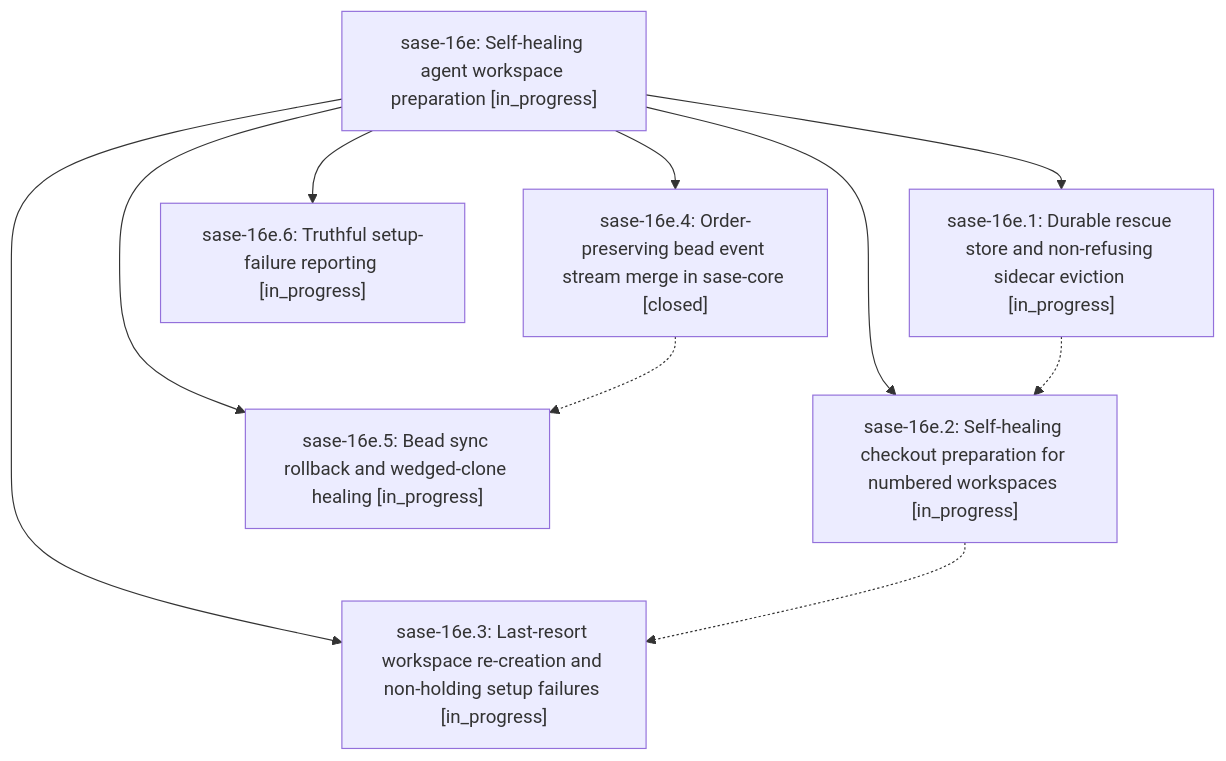
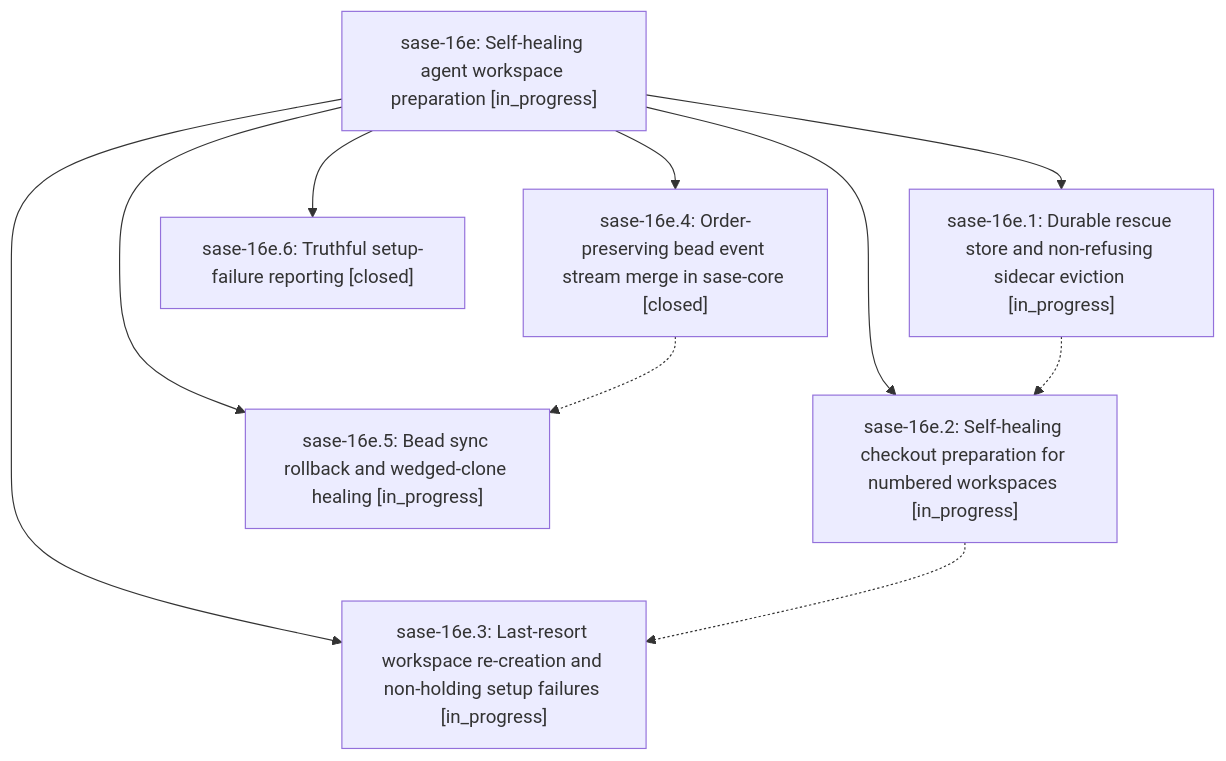
Before and after one commit to sase-org/sase--beads: the diagram in pages/sase-16e/README.md, drawn with Mermaid. The commit also changed other lines of this file and 2 other files, not shown here.

First line of the commit message:
chore(beads): sync bead state and pages for sase-16e

````diff
--- a/pages/sase-16e/README.md
+++ b/pages/sase-16e/README.md
@@ -27,19 +27,19 @@
 ```mermaid
 flowchart TD
     n0["sase-16e: Self-healing agent workspace preparation [in_progress]"]
     n1["sase-16e.1: Durable rescue store and non-refusing sidecar eviction [in_progress]"]
     n2["sase-16e.2: Self-healing checkout preparation for numbered workspaces [in_progress]"]
     n3["sase-16e.3: Last-resort workspace re-creation and non-holding setup failures [in_progress]"]
     n4["sase-16e.4: Order-preserving bead event stream merge in sase-core [closed]"]
     n5["sase-16e.5: Bead sync rollback and wedged-clone healing [in_progress]"]
-    n6["sase-16e.6: Truthful setup-failure reporting [in_progress]"]
+    n6["sase-16e.6: Truthful setup-failure reporting [closed]"]
     n0 --> n1
     n0 --> n2
     n0 --> n3
     n0 --> n4
     n0 --> n5
     n0 --> n6
     n1 -.-> n2
     n2 -.-> n3
     n4 -.-> n5
 ```
````
